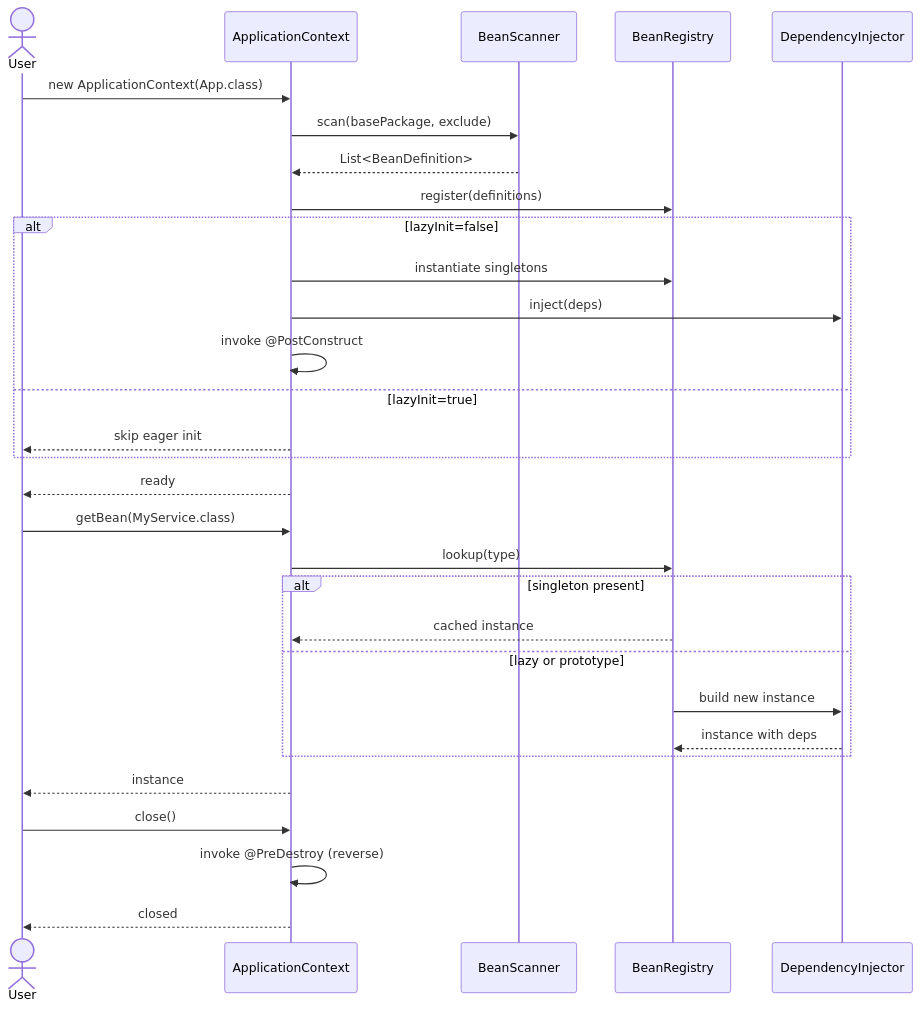
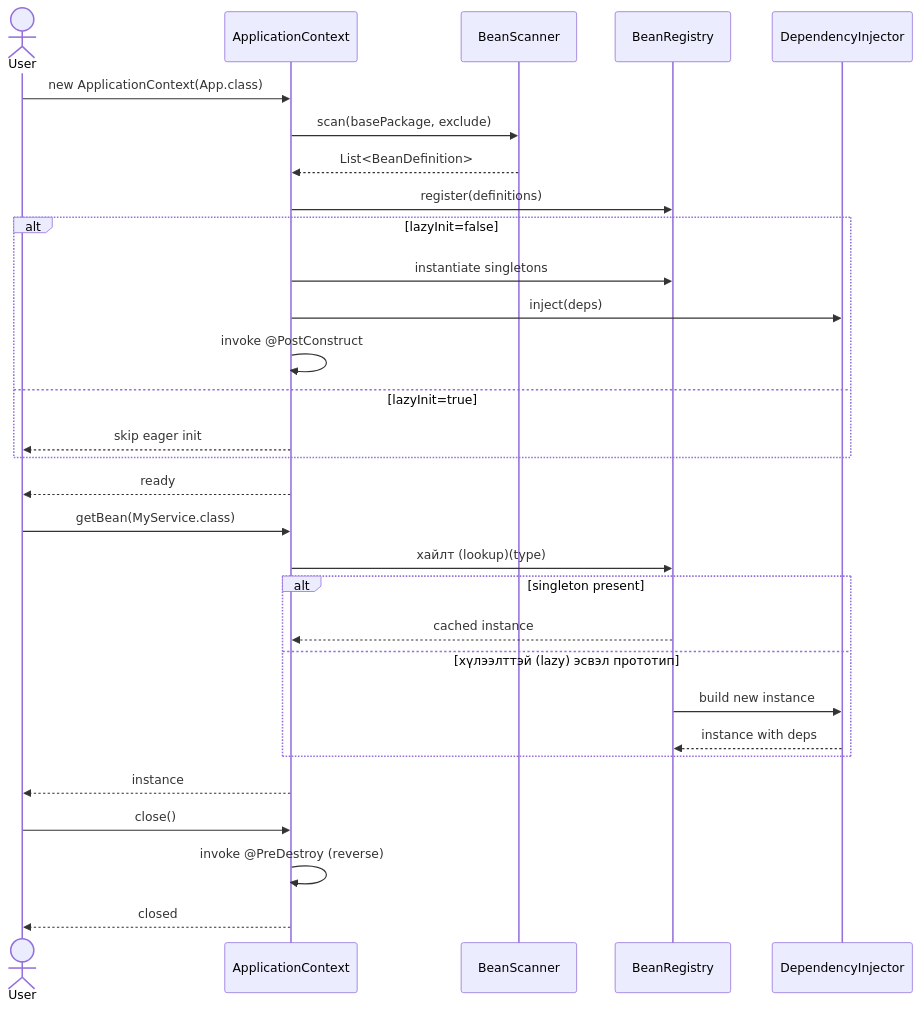
Before and after one commit to Batkann1102/documentation: the diagram in architecture/overview.mdx, drawn with Mermaid. The commit also changed other lines of this file and 15 other files, not shown here.

````diff
--- a/architecture/overview.mdx
+++ b/architecture/overview.mdx
@@ -27,35 +27,35 @@
 ```mermaid
 sequenceDiagram
     actor User
     participant Ctx as ApplicationContext
     participant Scn as BeanScanner
     participant Reg as BeanRegistry
     participant Inj as DependencyInjector
 
     User->>Ctx: new ApplicationContext(App.class)
     Ctx->>Scn: scan(basePackage, exclude)
     Scn-->>Ctx: List<BeanDefinition>
     Ctx->>Reg: register(definitions)
     alt lazyInit=false
         Ctx->>Reg: instantiate singletons
         Ctx->>Inj: inject(deps)
         Ctx->>Ctx: invoke @PostConstruct
     else lazyInit=true
         Ctx-->>User: skip eager init
     end
     Ctx-->>User: ready
 
     User->>Ctx: getBean(MyService.class)
-    Ctx->>Reg: lookup(type)
+    Ctx->>Reg: хайлт (lookup)(type)
     alt singleton present
         Reg-->>Ctx: cached instance
-    else lazy or prototype
+    else хүлээлттэй (lazy) эсвэл прототип
         Reg->>Inj: build new instance
         Inj-->>Reg: instance with deps
     end
     Ctx-->>User: instance
 
     User->>Ctx: close()
     Ctx->>Ctx: invoke @PreDestroy (reverse)
     Ctx-->>User: closed
 ```
````
